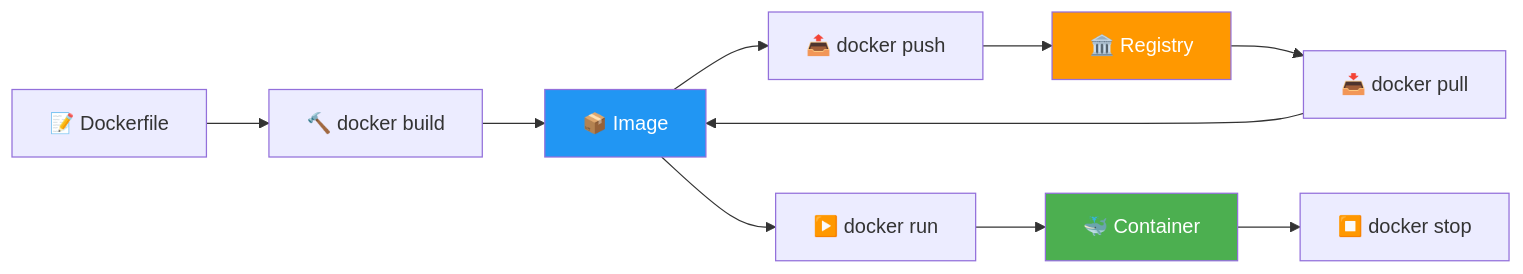
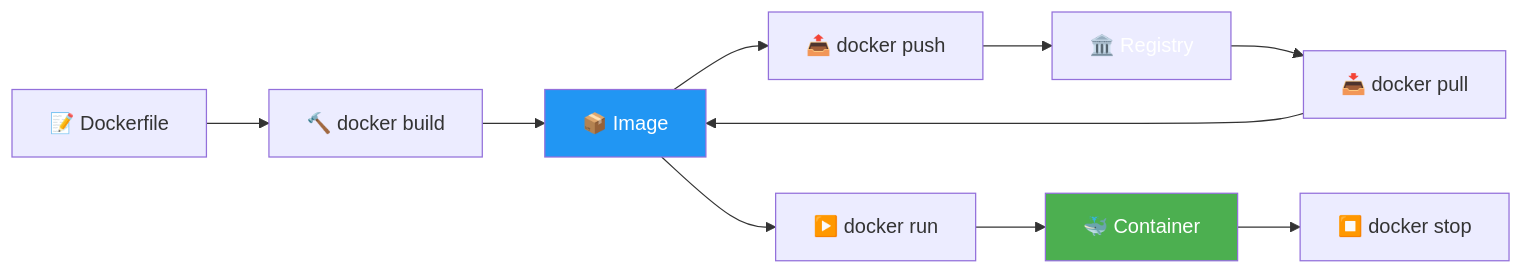
One commit to VBlackJack/ShellBook changed the sixth of 12 diagrams in docs/formations/cloud-fundamentals/08-module.md. Above: the diagram before and after it, drawn with Mermaid. The commit also changed other lines of this file and 337 other files, not shown here.

First line of the commit message:
refactor(docs): Standardize code blocks and Mermaid colors

````diff
--- a/docs/formations/cloud-fundamentals/08-module.md
+++ b/docs/formations/cloud-fundamentals/08-module.md
@@ -198,22 +198,22 @@
 ```mermaid
 graph LR
     DOCKERFILE["📝 Dockerfile"]
     BUILD["🔨 docker build"]
     IMAGE["📦 Image"]
     PUSH["📤 docker push"]
     REGISTRY["🏛️ Registry"]
     PULL["📥 docker pull"]
     RUN["▶️ docker run"]
     CONTAINER["🐳 Container"]
     STOP["⏹️ docker stop"]
 
     DOCKERFILE --> BUILD --> IMAGE
     IMAGE --> PUSH --> REGISTRY
     REGISTRY --> PULL --> IMAGE
     IMAGE --> RUN --> CONTAINER
     CONTAINER --> STOP
 
     style IMAGE fill:#2196f3,color:#fff
     style CONTAINER fill:#4caf50,color:#fff
-    style REGISTRY fill:#ff9800,color:#fff
+    style REGISTRY fill:#FF9800800800,color:#fff
 ```
````
